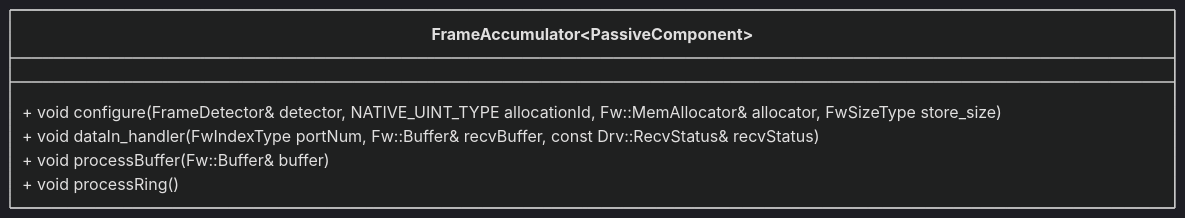
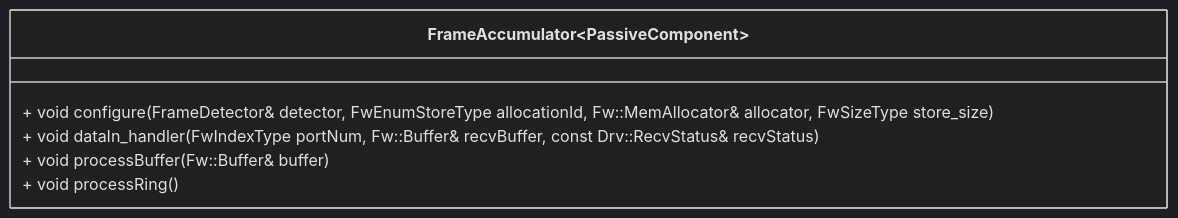
One commit to nasa/fprime changed the second of 2 diagrams in Svc/FrameAccumulator/docs/sdd.md. Above: the diagram before and after it, drawn with Mermaid (dark theme). The commit also changed 11 other files, not shown here.

````diff
--- a/Svc/FrameAccumulator/docs/sdd.md
+++ b/Svc/FrameAccumulator/docs/sdd.md
@@ -61,9 +61,9 @@
 ```mermaid
 classDiagram
     class FrameAccumulator~PassiveComponent~ {
-        + void configure(FrameDetector& detector, NATIVE_UINT_TYPE allocationId, Fw::MemAllocator& allocator, FwSizeType store_size)
+        + void configure(FrameDetector& detector, FwEnumStoreType allocationId, Fw::MemAllocator& allocator, FwSizeType store_size)
         + void dataIn_handler(FwIndexType portNum, Fw::Buffer& recvBuffer, const Drv::RecvStatus& recvStatus)
         + void processBuffer(Fw::Buffer& buffer)
         + void processRing()
     }
 ```
````
